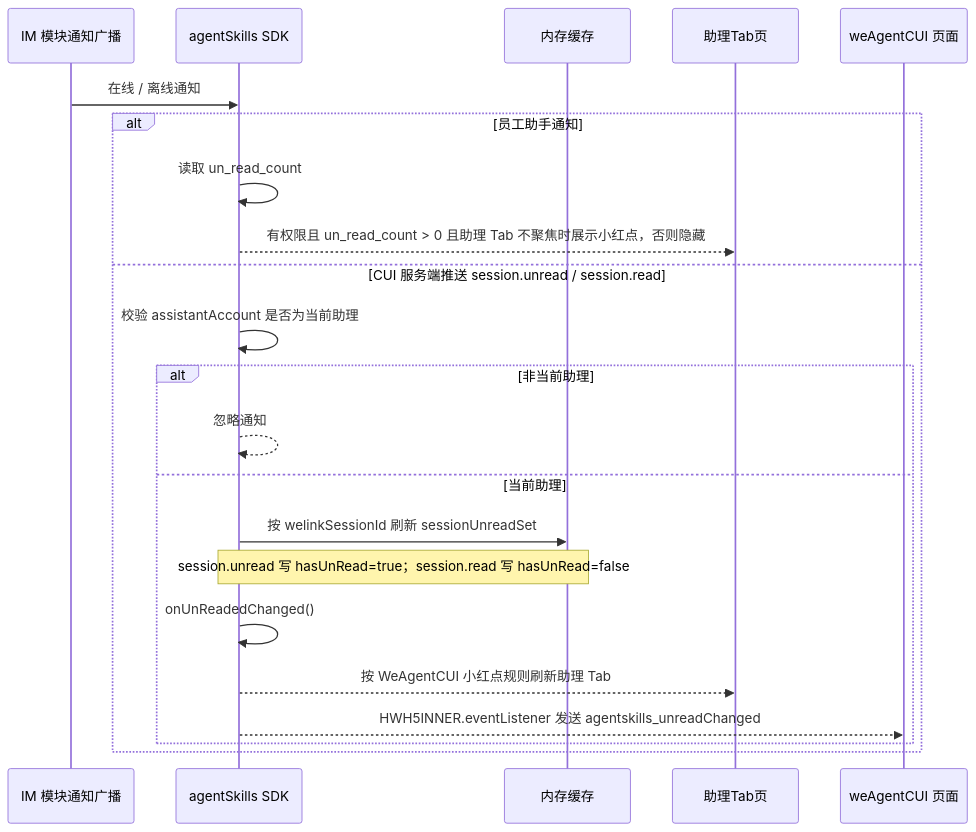
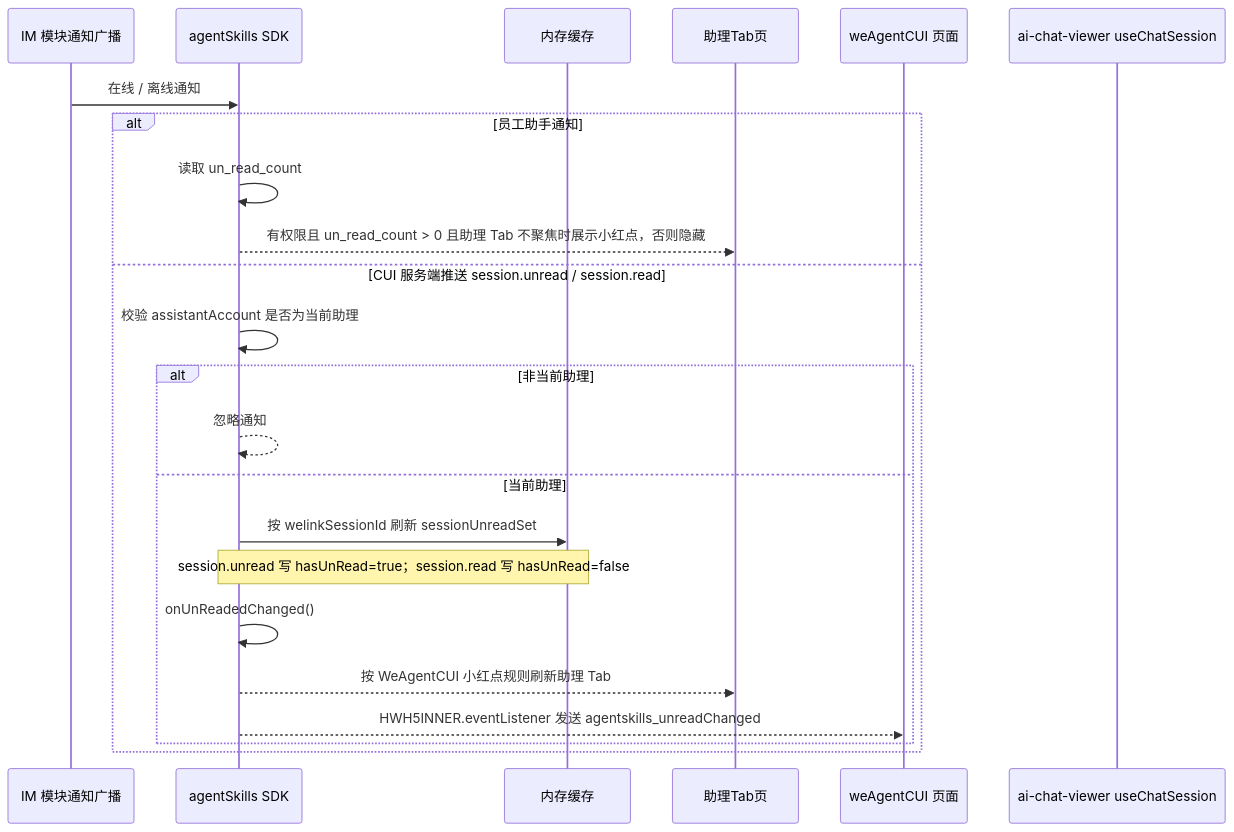
The fifth of 10 diagrams in 2026-06-11-we-agent-tab-unread-red-dot-plan.md (Abelsjcheng/skillSDK), drawn with Mermaid before and after one commit. The commit also changed other lines of this file, not shown here.

````diff
--- a/2026-06-11-we-agent-tab-unread-red-dot-plan.md
+++ b/2026-06-11-we-agent-tab-unread-red-dot-plan.md
@@ -242,25 +242,26 @@
 ```mermaid
 sequenceDiagram
     participant IM as IM 模块通知广播
     participant SDK as agentSkills SDK
     participant Memory as 内存缓存
     participant Tab as 助理Tab页
     participant CUI as weAgentCUI 页面
+    participant Hook as ai-chat-viewer useChatSession
 
     IM->>SDK: 在线 / 离线通知
     alt 员工助手通知
         SDK->>SDK: 读取 un_read_count
         SDK-->>Tab: 有权限且 un_read_count > 0 且助理 Tab 不聚焦时展示小红点，否则隐藏
     else CUI 服务端推送 session.unread / session.read
         SDK->>SDK: 校验 assistantAccount 是否为当前助理
         alt 非当前助理
             SDK-->>SDK: 忽略通知
         else 当前助理
             SDK->>Memory: 按 welinkSessionId 刷新 sessionUnreadSet
             Note over SDK,Memory: session.unread 写 hasUnRead=true；session.read 写 hasUnRead=false
             SDK->>SDK: onUnReadedChanged()
             SDK-->>Tab: 按 WeAgentCUI 小红点规则刷新助理 Tab
             SDK-->>CUI: HWH5INNER.eventListener 发送 agentskills_unreadChanged
         end
     end
 ```
````
